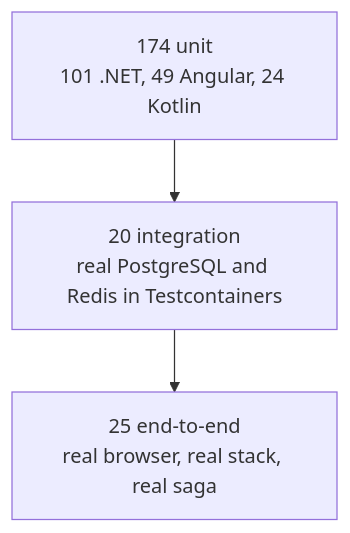
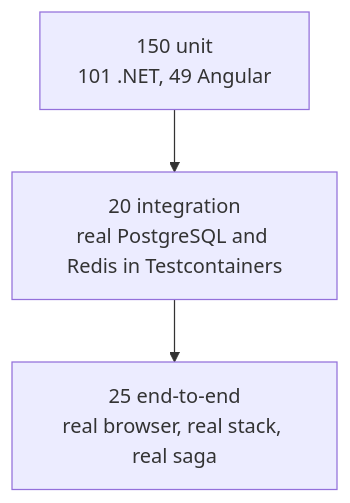
Before and after one commit to ahmedselimmansor-ctrl/full-stack-Angular-Asp.Net-commerce: diagram 18 of 19 in README.md, drawn with Mermaid. The commit also changed other lines of this file and 44 other files, not shown here.

````diff
--- a/README.md
+++ b/README.md
@@ -703,8 +701,8 @@
 ```mermaid
 flowchart TB
     e2e["25 end-to-end<br/>real browser, real stack, real saga"]
     int["20 integration<br/>real PostgreSQL and Redis in Testcontainers"]
-    unit["174 unit<br/>101 .NET, 49 Angular, 24 Kotlin"]
+    unit["150 unit<br/>101 .NET, 49 Angular"]
 
     unit --> int --> e2e
 ```
````
